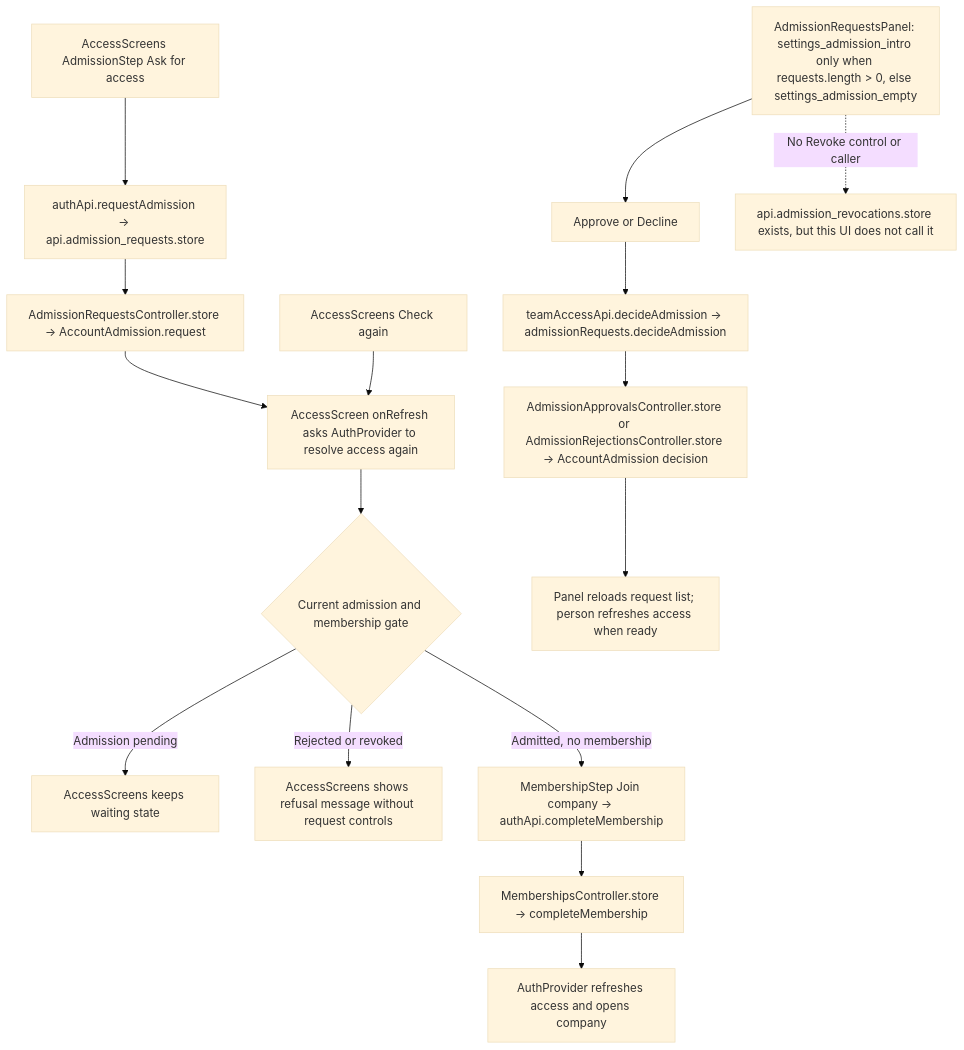
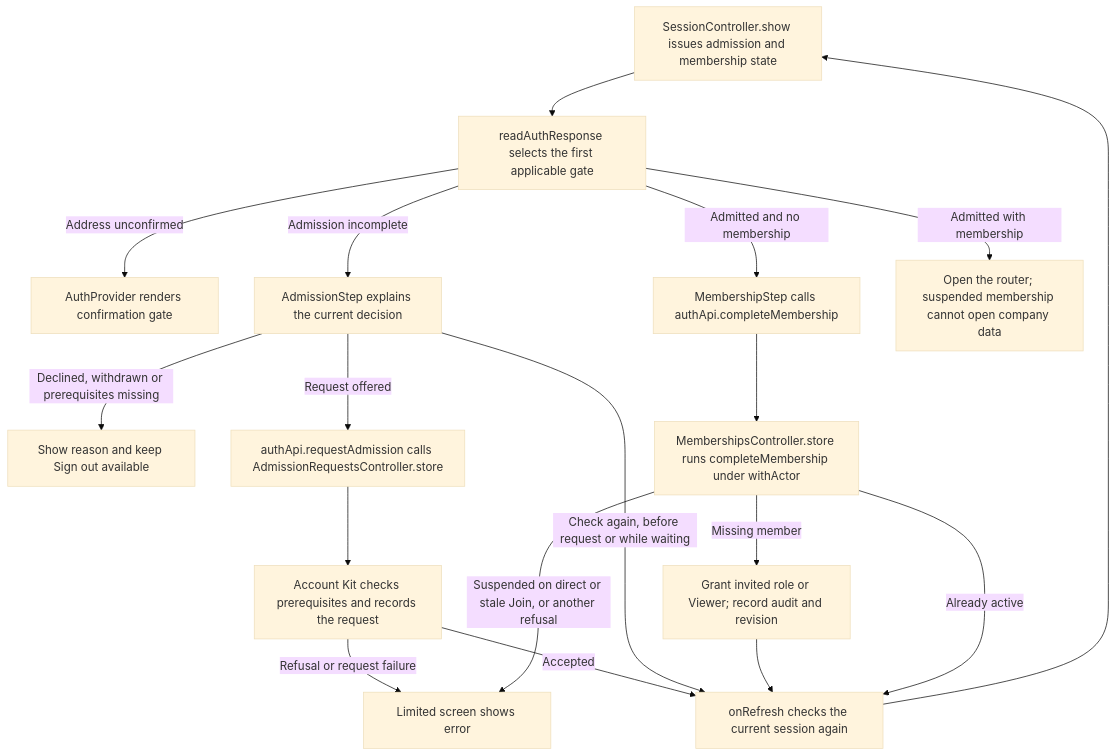
The second of 2 diagrams in user-stories/team/US-TEAM-05-request-admission.md (Kevinjohn/capacitylens), drawn with Mermaid (base theme) before and after one commit. The commit also changed other lines of this file and 172 other files, not shown here.

Commit message:
docs: reconcile user story code flows with source

````diff
--- a/user-stories/team/US-TEAM-05-request-admission.md
+++ b/user-stories/team/US-TEAM-05-request-admission.md
@@ -37,18 +37,20 @@
 ```mermaid
 flowchart TD
-    Ask["AccessScreens AdmissionStep Ask for access"] --> AuthApi["authApi.requestAdmission → api.admission_requests.store"]
-    AuthApi --> RequestController["AdmissionRequestsController.store → AccountAdmission.request"]
-    RequestController --> Refresh["AccessScreen onRefresh asks AuthProvider to resolve access again"]
-    Check["AccessScreens Check again"] --> Refresh
-    Refresh --> Gate{"Current admission and membership gate"}
-    Gate -->|"Admission pending"| Wait["AccessScreens keeps waiting state"]
-    Gate -->|"Rejected or revoked"| Refused["AccessScreens shows refusal message without request controls"]
-    Gate -->|"Admitted, no membership"| Join["MembershipStep Join company → authApi.completeMembership"]
-    Join --> Complete["MembershipsController.store → completeMembership"]
-    Complete --> Company["AuthProvider refreshes access and opens company"]
-    Manager["AdmissionRequestsPanel: settings_admission_intro only when requests.length > 0, else settings_admission_empty"] --> Buttons["Approve or Decline"]
-    Buttons --> Client["teamAccessApi.decideAdmission → admissionRequests.decideAdmission"]
-    Client --> Decision["AdmissionApprovalsController.store or AdmissionRejectionsController.store → AccountAdmission decision"]
-    Decision --> Reload["Panel reloads request list; person refreshes access when ready"]
-    Manager -. "No Revoke control or caller" .-> NoRevoke["api.admission_revocations.store exists, but this UI does not call it"]
+  session["SessionController.show issues admission and membership state"] --> gate["readAuthResponse selects the first applicable gate"]
+  gate -->|Address unconfirmed| verify["AuthProvider renders confirmation gate"]
+  gate -->|Admission incomplete| admission["AdmissionStep explains the current decision"]
+  admission -->|Declined, withdrawn or prerequisites missing| reason["Show reason and keep Sign out available"]
+  admission -->|Request offered| request["authApi.requestAdmission calls AdmissionRequestsController.store"]
+  request --> kit["Account Kit checks prerequisites and records the request"]
+  kit -->|Accepted| refresh["onRefresh checks the current session again"]
+  kit -->|Refusal or request failure| error["Limited screen shows error"]
+  admission -->|Check again, before request or while waiting| refresh
+  refresh --> session
+  gate -->|Admitted and no membership| join["MembershipStep calls authApi.completeMembership"]
+  join --> service["MembershipsController.store runs completeMembership under withActor"]
+  service -->|Missing member| write["Grant invited role or Viewer; record audit and revision"]
+  write --> refresh
+  service -->|Already active| refresh
+  service -->|Suspended on direct or stale Join, or another refusal| error
+  gate -->|Admitted with membership| app["Open the router; suspended membership cannot open company data"]
 ```
````
